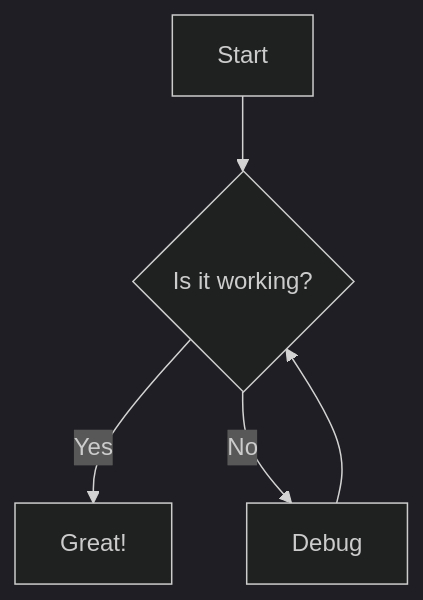
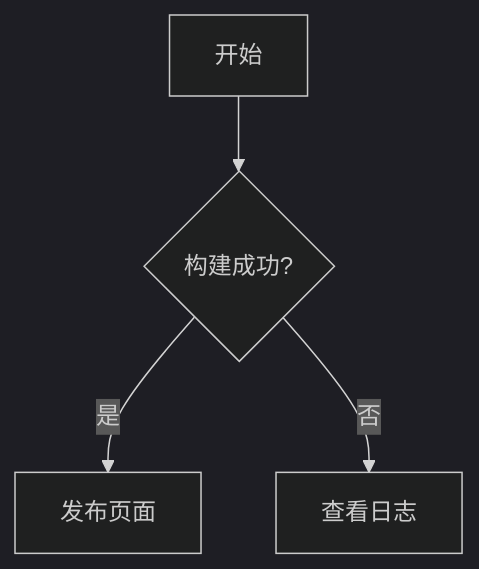
The diagram in index.md (vlaina-labs/docship), drawn with Mermaid (dark theme) before and after one commit. The commit also changed other lines of this file and 1 other file, not shown here.

````diff
--- a/index.md
+++ b/index.md
@@ -131,7 +218,6 @@
 ```mermaid
-graph TD;
-    A[Start] --> B{Is it working?};
-    B -- Yes --> C[Great!];
-    B -- No --> D[Debug];
-    D --> B;
+flowchart TD
+    A[开始] --> B{构建成功?}
+    B -->|是| C[发布页面]
+    B -->|否| D[查看日志]
 ```
````
